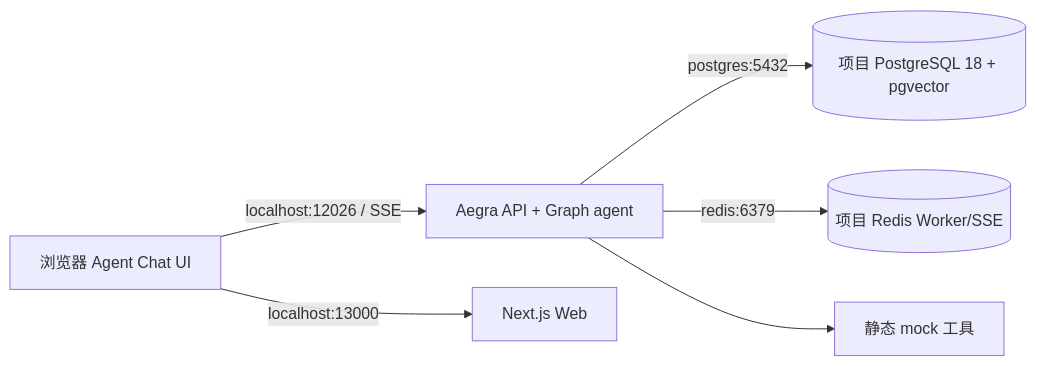
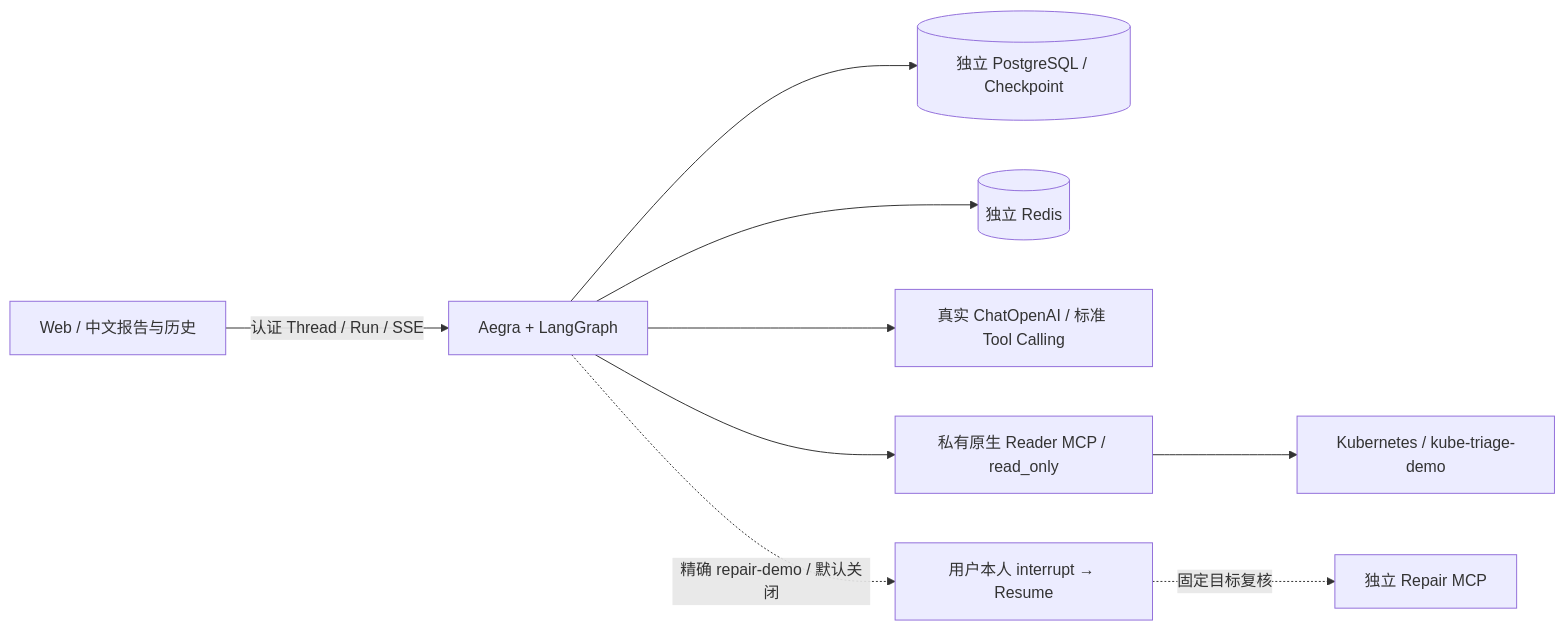
One commit to Vc-great/kube-triage-agent changed the diagram in docs/architecture.md. Above: the diagram before and after it, drawn with Mermaid. The commit also changed other lines of this file and 29 other files, not shown here.

````diff
--- a/docs/architecture.md
+++ b/docs/architecture.md
@@ -3,8 +3,11 @@
 ```mermaid
 flowchart LR
-  Browser[浏览器 Agent Chat UI] -->|localhost:12026 / SSE| API[Aegra API + Graph agent]
-  API -->|postgres:5432| PG[(项目 PostgreSQL 18 + pgvector)]
-  API -->|redis:6379| Redis[(项目 Redis Worker/SSE)]
-  Browser -->|localhost:13000| Web[Next.js Web]
-  API --> Mock[静态 mock 工具]
+  Web[Web / 中文报告与历史] -->|认证 Thread / Run / SSE| API[Aegra + LangGraph]
+  API --> PG[(独立 PostgreSQL / Checkpoint)]
+  API --> Redis[(独立 Redis)]
+  API --> LLM[真实 ChatOpenAI / 标准 Tool Calling]
+  API --> Reader[私有原生 Reader MCP / read_only]
+  Reader --> K8s[Kubernetes / kube-triage-demo]
+  API -. 精确 repair-demo / 默认关闭 .-> HITL[用户本人 interrupt → Resume]
+  HITL -. 固定目标复核 .-> Repair[独立 Repair MCP]
 ```
````
